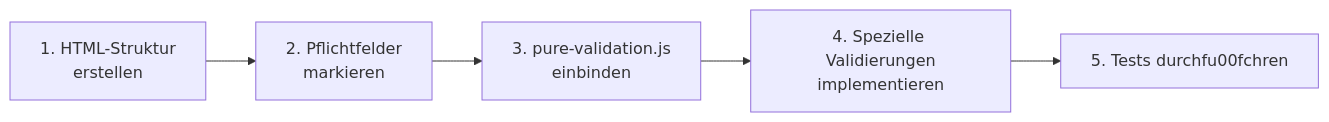
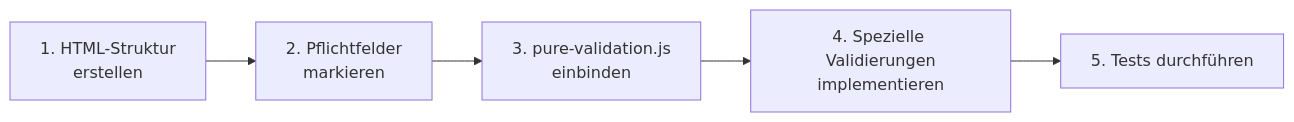
Before and after one commit to tt44mm/DSBsommeranmeldung2025: the third of 3 diagrams in instructions/jsvalidations.md, drawn with Mermaid. The commit also changed other lines of this file and 3 other files, not shown here.

````diff
--- a/instructions/jsvalidations.md
+++ b/instructions/jsvalidations.md
@@ -498,7 +498,7 @@
 ```mermaid
 flowchart LR
     A[1. HTML-Struktur<br>erstellen] --> B[2. Pflichtfelder<br>markieren]
     B --> C[3. pure-validation.js<br>einbinden]
     C --> D[4. Spezielle Validierungen<br>implementieren]
-    D --> E[5. Tests durchfu00fchren]  
+    D --> E[5. Tests durchführen]  
 ```
````
